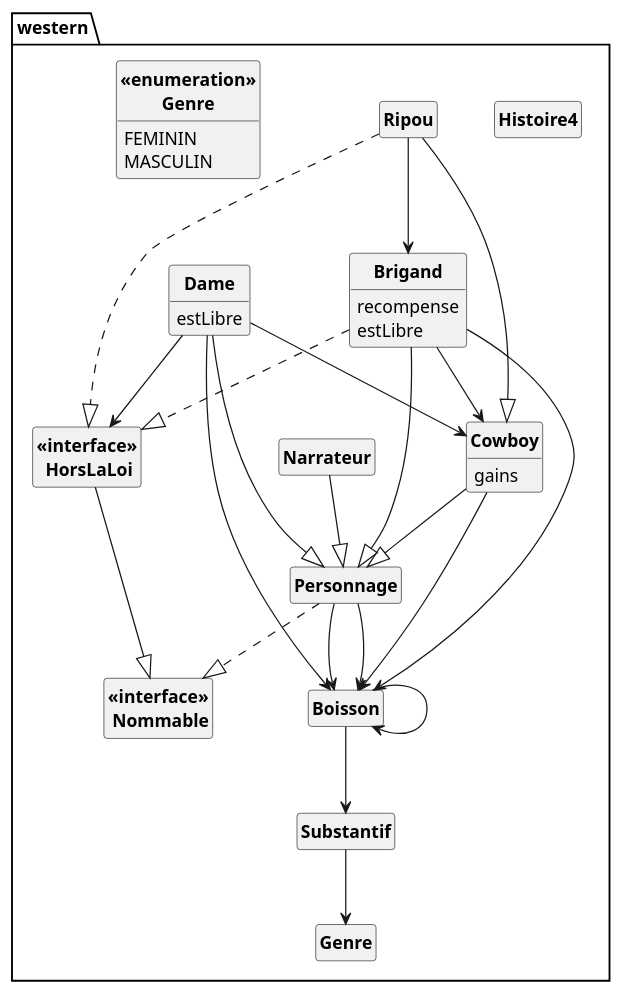
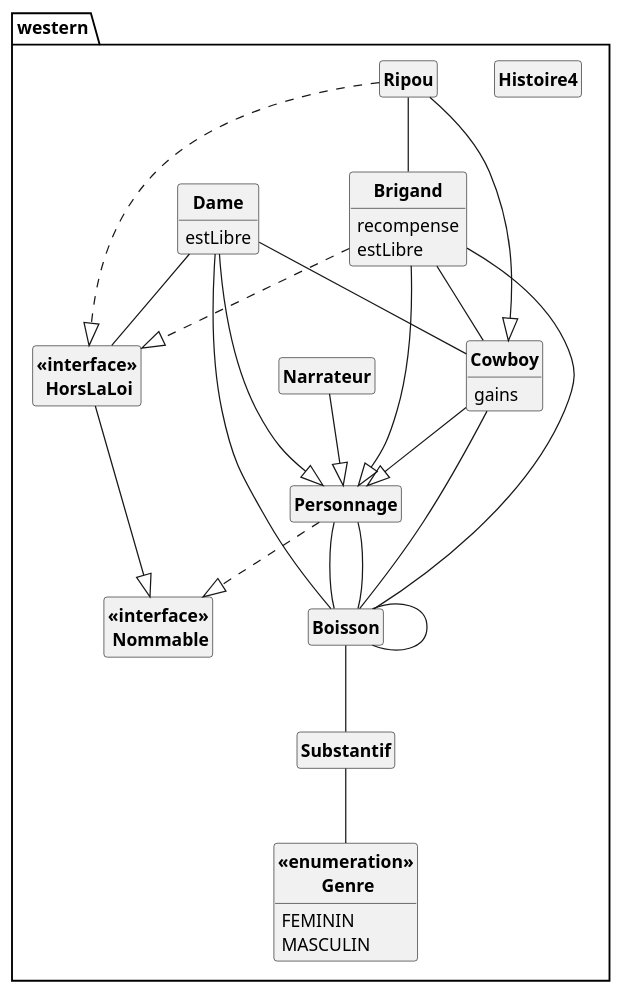
One commit to Lykomonix/API-JAVAtoPUML changed the diagram in javadoc.puml. Above: the diagram before and after it, drawn with PlantUML. The commit also changed 5 other files, not shown here.

```diff
--- a/javadoc.puml
+++ b/javadoc.puml
@@ -1,93 +1,93 @@
 @startuml
 
 skinparam style strictuml
 skinparam classAttributeIconSize 0
 skinparam classFontStyle Bold
 hide empty members
 
 Package "western" {
 class Boisson
 {
 }
 
 class Brigand
 {
 recompense
 estLibre
 }
 
 class Cowboy
 {
 gains
 }
 
 class Dame
 {
 estLibre
 }
 
 class Histoire4
 {
 }
 
 class Narrateur
 {
 }
 
 class Personnage
 {
 }
 
 class Ripou
 {
 }
 
 class Substantif
 {
 }
 
 class "<<interface>>\n HorsLaLoi" as HorsLaLoi
 
 class "<<interface>>\n Nommable" as Nommable
 
-class "<<enumeration>>\nGenre"
+class "<<enumeration>>\n Genre" as Genre
 {
 FEMININ
 MASCULIN
 }
 
-Boisson --> Substantif
-Boisson --> Boisson
+Boisson -- Substantif
+Boisson -- Boisson
 
 Brigand --|> Personnage
 Brigand ..|> HorsLaLoi
-Brigand --> Cowboy
-Brigand --> Boisson
+Brigand -- Cowboy
+Brigand -- Boisson
 
 Cowboy --|> Personnage
-Cowboy --> Boisson
+Cowboy -- Boisson
 
 Dame --|> Personnage
-Dame --> Cowboy
-Dame --> HorsLaLoi
-Dame --> Boisson
+Dame -- Cowboy
+Dame -- HorsLaLoi
+Dame -- Boisson
 
 
 Narrateur --|> Personnage
 
 Personnage ..|> Nommable
-Personnage --> Boisson
-Personnage --> Boisson
+Personnage -- Boisson
+Personnage -- Boisson
 
 Ripou --|> Cowboy
 Ripou ..|> HorsLaLoi
-Ripou --> Brigand
+Ripou -- Brigand
 
-Substantif --> Genre
+Substantif -- Genre
 
 HorsLaLoi --|> Nommable
 
 
 }
 
 @enduml
```
